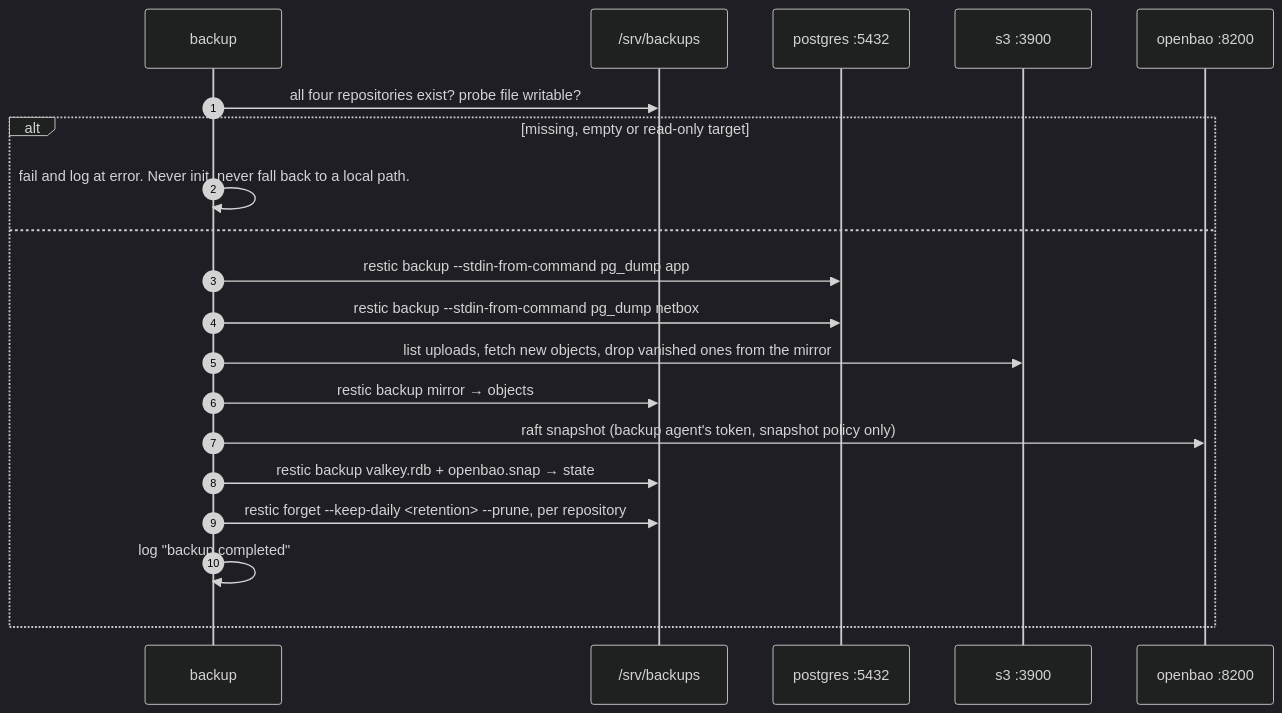
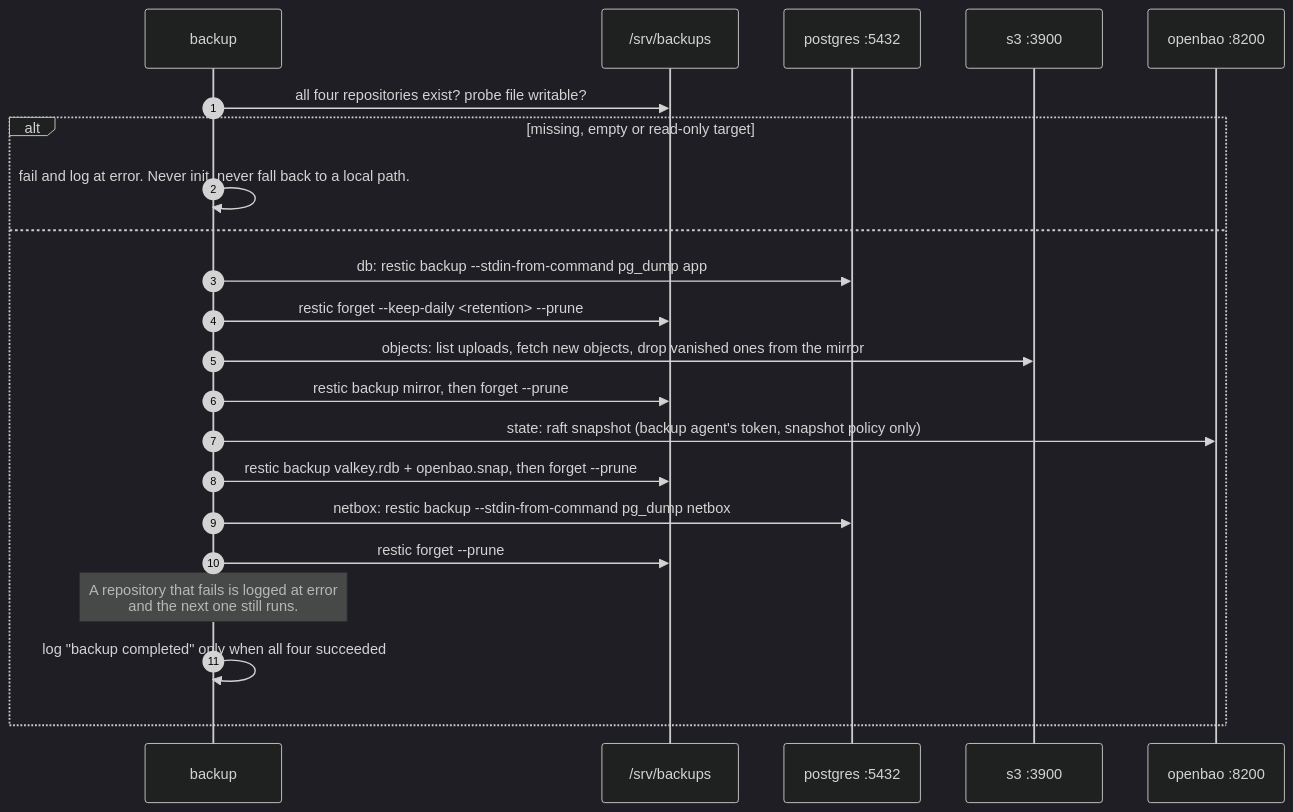
The second of 3 diagrams in docs/adr_v2/diagrams/backup.md (rabalyn/feathers-skeleton-stack), drawn with Mermaid (dark theme) before and after one commit. The commit also changed 9 other files, not shown here.

First line of the commit message:
docs(diagrams): match the pages to the ADRs and the code

````diff
--- a/docs/adr_v2/diagrams/backup.md
+++ b/docs/adr_v2/diagrams/backup.md
@@ -40,23 +40,25 @@
 ```mermaid
 sequenceDiagram
   autonumber
   participant b as backup
   participant t as /srv/backups
   participant pg as postgres :5432
   participant s3 as s3 :3900
   participant bao as openbao :8200
 
   b->>t: all four repositories exist? probe file writable?
   alt missing, empty or read-only target
     b->>b: fail and log at error. Never init, never fall back to a local path.
   else
-    b->>pg: restic backup --stdin-from-command pg_dump app
-    b->>pg: restic backup --stdin-from-command pg_dump netbox
-    b->>s3: list uploads, fetch new objects, drop vanished ones from the mirror
-    b->>t: restic backup mirror → objects
-    b->>bao: raft snapshot (backup agent's token, snapshot policy only)
-    b->>t: restic backup valkey.rdb + openbao.snap → state
-    b->>t: restic forget --keep-daily <retention> --prune, per repository
-    b->>b: log "backup completed"
+    b->>pg: db: restic backup --stdin-from-command pg_dump app
+    b->>t: restic forget --keep-daily <retention> --prune
+    b->>s3: objects: list uploads, fetch new objects, drop vanished ones from the mirror
+    b->>t: restic backup mirror, then forget --prune
+    b->>bao: state: raft snapshot (backup agent's token, snapshot policy only)
+    b->>t: restic backup valkey.rdb + openbao.snap, then forget --prune
+    b->>pg: netbox: restic backup --stdin-from-command pg_dump netbox
+    b->>t: restic forget --prune
+    Note over b: A repository that fails is logged at error<br>and the next one still runs.
+    b->>b: log "backup completed" only when all four succeeded
   end
 ```
````
